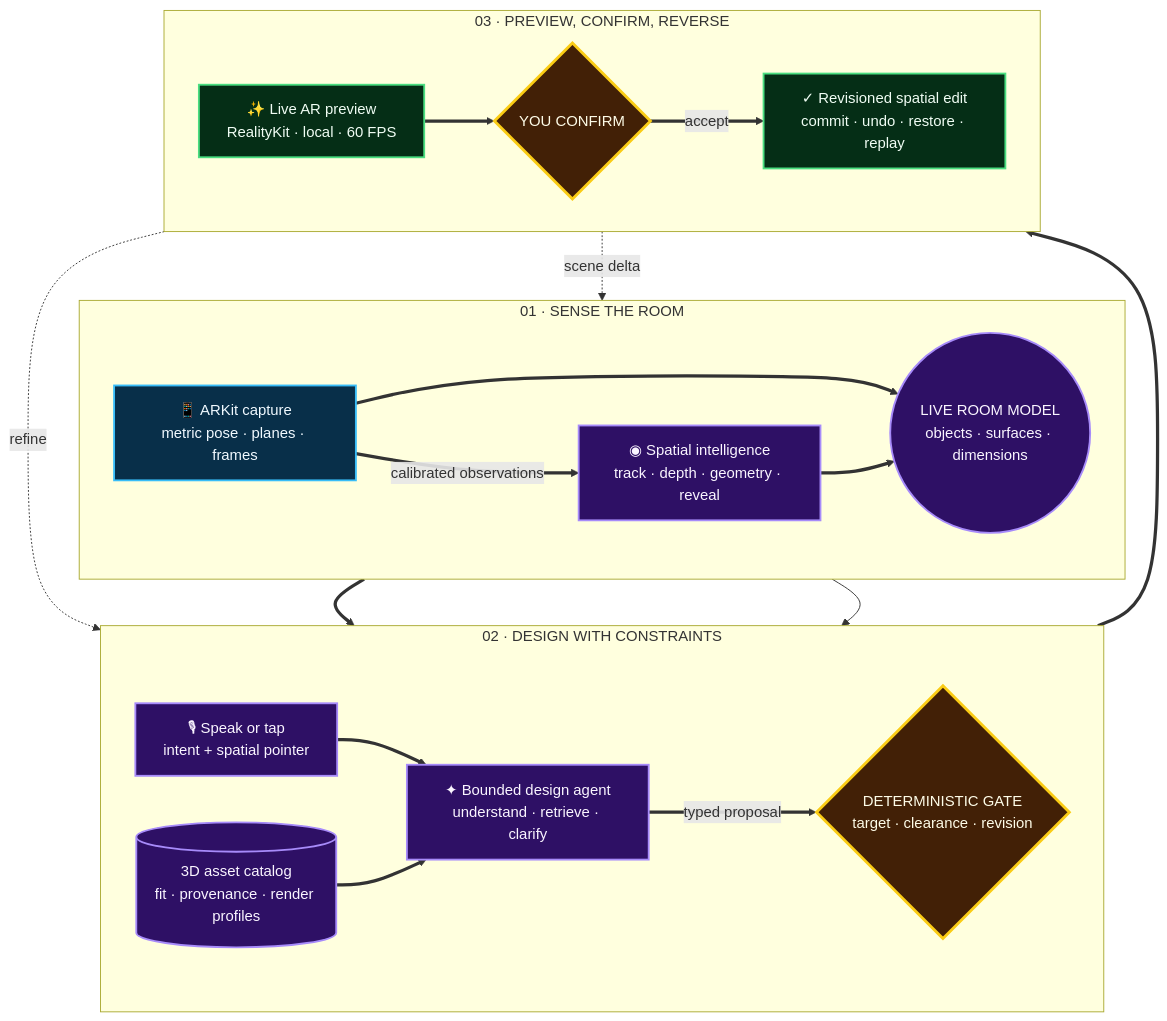
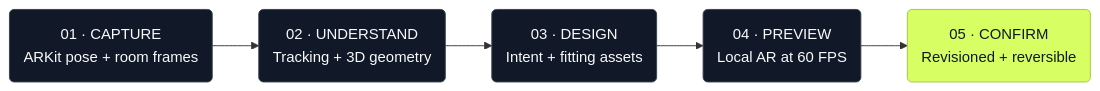
The diagram in README.md (Julian-AT/openai-build-week), drawn with Mermaid before and after one commit. The commit also changed other lines of this file, not shown here.

Commit message:
docs: simplify how Reframe works

````diff
--- a/README.md
+++ b/README.md
@@ -23,46 +23,15 @@
 ```mermaid
-flowchart TB
-    subgraph SENSE["01 · SENSE THE ROOM"]
-        direction LR
-        CAPTURE["📱 ARKit capture<br/>metric pose · planes · frames"]
-        VISION["◉ Spatial intelligence<br/>track · depth · geometry · reveal"]
-        TWIN(("LIVE ROOM MODEL<br/>objects · surfaces · dimensions"))
-        CAPTURE ==>|calibrated observations| VISION
-        CAPTURE ==> TWIN
-        VISION ==> TWIN
-    end
+flowchart LR
+    CAPTURE("01 · CAPTURE<br/>ARKit pose + room frames")
+    MODEL("02 · UNDERSTAND<br/>Tracking + 3D geometry")
+    DESIGN("03 · DESIGN<br/>Intent + fitting assets")
+    PREVIEW("04 · PREVIEW<br/>Local AR at 60 FPS")
+    CONFIRM("05 · CONFIRM<br/>Revisioned + reversible")
 
-    subgraph REASON["02 · DESIGN WITH CONSTRAINTS"]
-        direction LR
-        INTENT["🎙 Speak or tap<br/>intent + spatial pointer"]
-        AGENT["✦ Bounded design agent<br/>understand · retrieve · clarify"]
-        CATALOG[("3D asset catalog<br/>fit · provenance · render profiles")]
-        GATE{"DETERMINISTIC GATE<br/>target · clearance · revision"}
-        INTENT ==> AGENT
-        TWIN ==> AGENT
-        CATALOG ==> AGENT
-        AGENT ==>|typed proposal| GATE
-        TWIN --> GATE
-    end
+    CAPTURE --> MODEL --> DESIGN --> PREVIEW --> CONFIRM
 
-    subgraph EXPERIENCE["03 · PREVIEW, CONFIRM, REVERSE"]
-        direction LR
-        PREVIEW["✨ Live AR preview<br/>RealityKit · local · 60 FPS"]
-        CONFIRM{"YOU CONFIRM"}
-        COMMIT["✓ Revisioned spatial edit<br/>commit · undo · restore · replay"]
-        GATE ==> PREVIEW
-        PREVIEW ==> CONFIRM
-        CONFIRM ==>|accept| COMMIT
-        CONFIRM -.->|refine| AGENT
-        COMMIT -.->|scene delta| TWIN
-    end
-
-    classDef sensor fill:#082f49,stroke:#38bdf8,color:#f0f9ff,stroke-width:2px
-    classDef intelligence fill:#2e1065,stroke:#a78bfa,color:#faf5ff,stroke-width:2px
-    classDef authority fill:#422006,stroke:#facc15,color:#fefce8,stroke-width:3px
-    classDef experience fill:#052e16,stroke:#4ade80,color:#f0fdf4,stroke-width:2px
-    class CAPTURE sensor
-    class VISION,TWIN,INTENT,AGENT,CATALOG intelligence
-    class GATE,CONFIRM authority
-    class PREVIEW,COMMIT experience
+    classDef stage fill:#111827,stroke:#374151,color:#f9fafb,stroke-width:1px
+    classDef confirm fill:#d7ff64,stroke:#a3c63a,color:#111827,stroke-width:1px
+    class CAPTURE,MODEL,DESIGN,PREVIEW stage
+    class CONFIRM confirm
 ```
````
